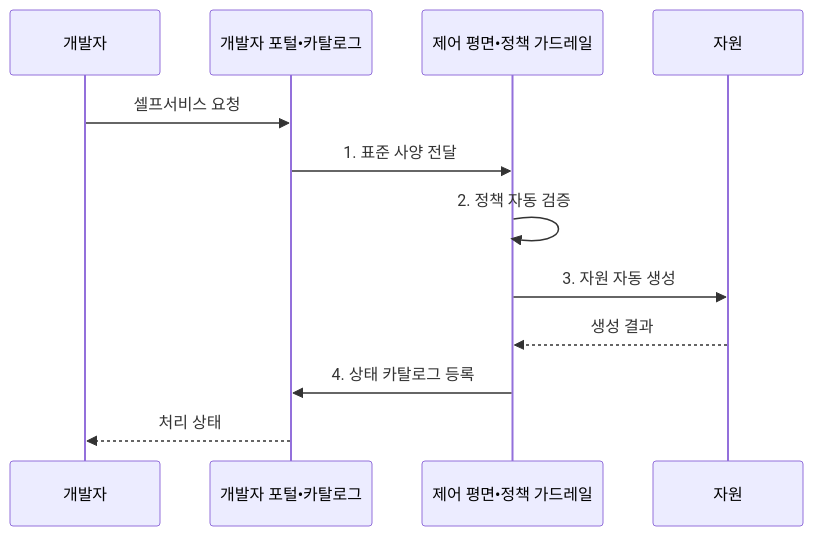
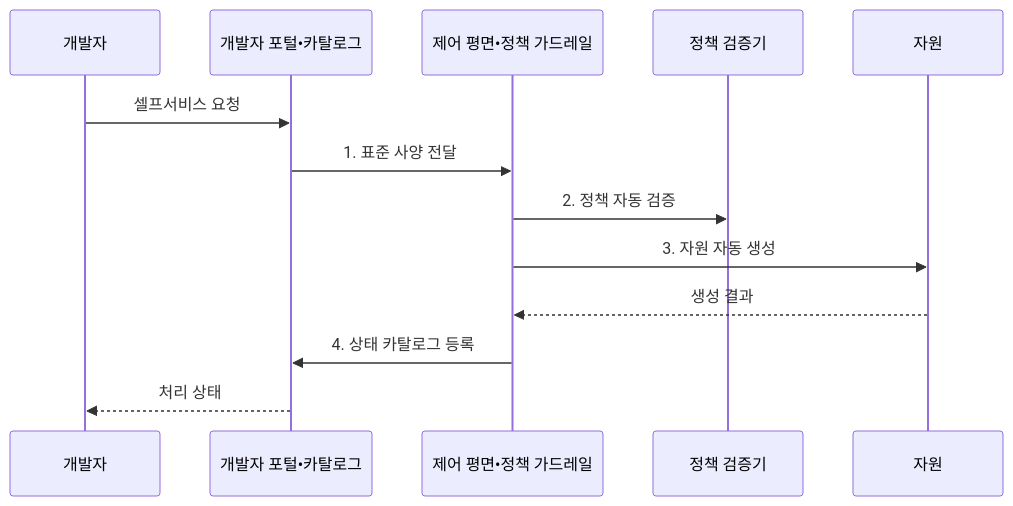
Before and after one commit to agnusdei1207/knowledge-base: the second of 2 diagrams in src/content/docs/notes/03-software/216_platform_engineering_self_service.md, drawn with Mermaid. The commit also changed other lines of this file and 14 other files, not shown here.

````diff
--- a/src/content/docs/notes/03-software/216_platform_engineering_self_service.md
+++ b/src/content/docs/notes/03-software/216_platform_engineering_self_service.md
@@ -107,15 +107,16 @@
 ```mermaid
 sequenceDiagram
     participant 개발자
     participant P as 개발자 포털•카탈로그
     participant C as 제어 평면•정책 가드레일
+    participant G as 정책 검증기
     participant 자원
     개발자->>P: 셀프서비스 요청
     P->>C: 1. 표준 사양 전달
-    C->>C: 2. 정책 자동 검증
+    C->>G: 2. 정책 자동 검증
     C->>자원: 3. 자원 자동 생성
     자원-->>C: 생성 결과
     C->>P: 4. 상태 카탈로그 등록
     P-->>개발자: 처리 상태
 
 ```
````
